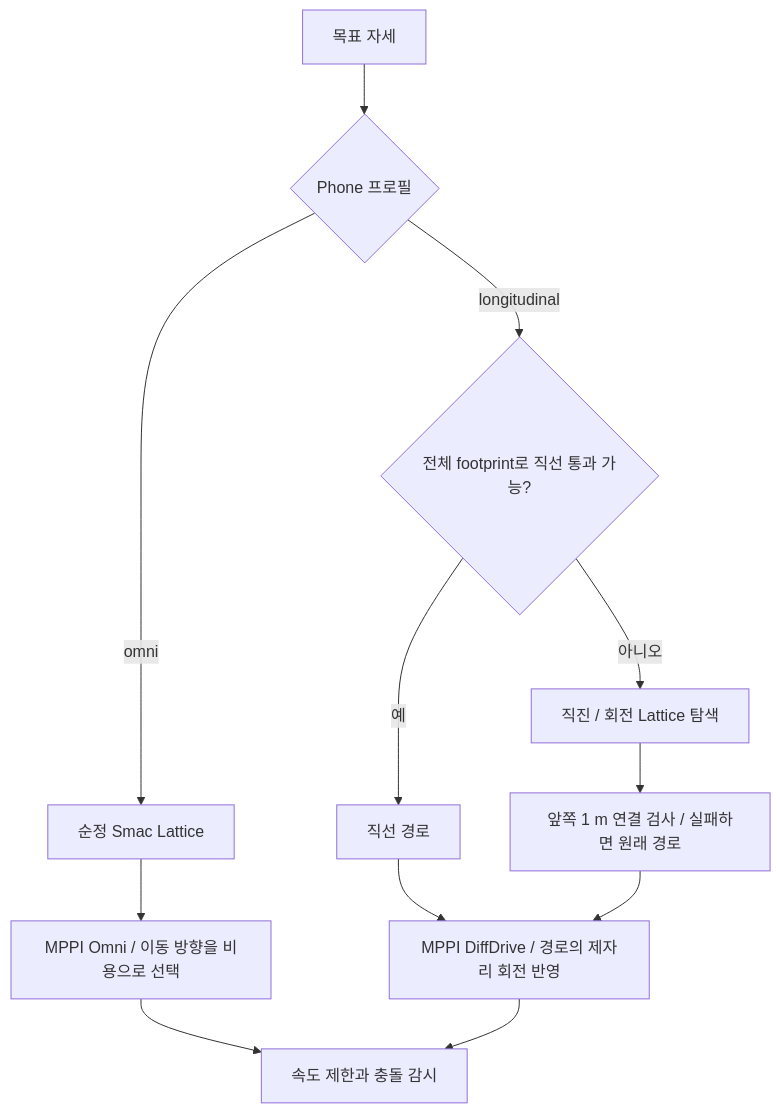
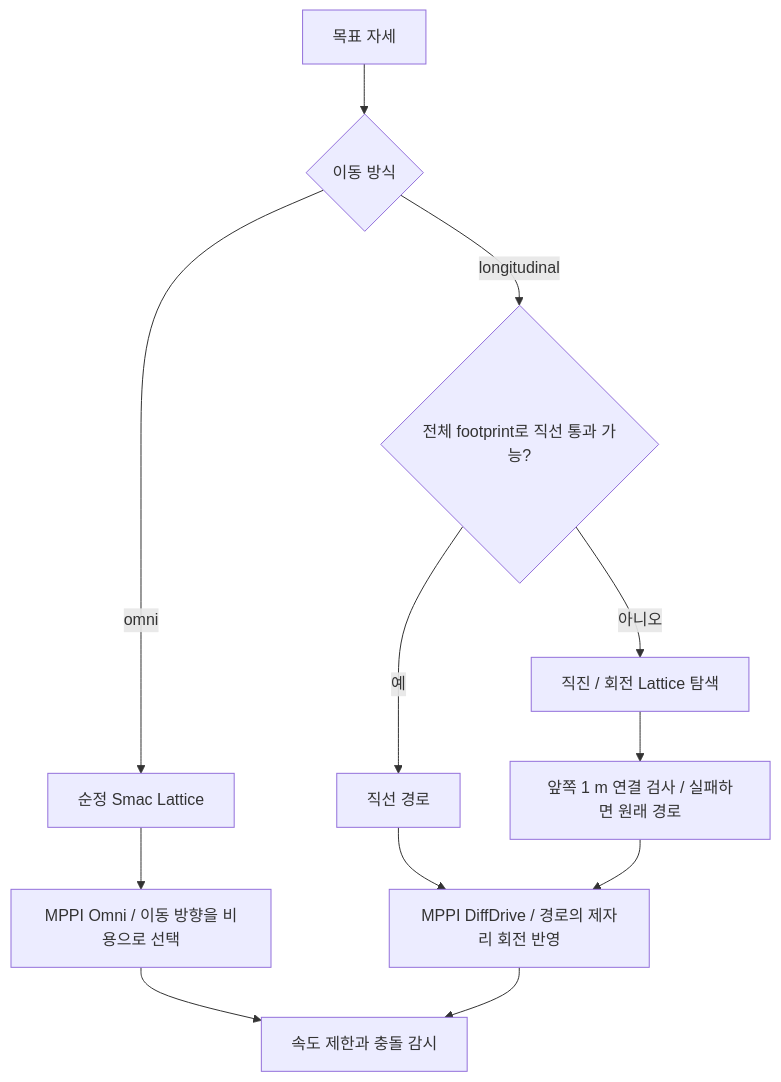
One commit to asm17-moving-agent/cleany changed the first of 5 diagrams in ros2_ws/src/cleany_navigation/docs/planning.md. Above: the diagram before and after it, drawn with Mermaid. The commit also changed other lines of this file and 56 other files, not shown here.

````diff
--- a/ros2_ws/src/cleany_navigation/docs/planning.md
+++ b/ros2_ws/src/cleany_navigation/docs/planning.md
@@ -16,14 +16,14 @@
 ```mermaid
 flowchart TD
-    Goal["목표 자세"] --> Mode{"Phone 프로필"}
+    Goal["목표 자세"] --> Mode{"이동 방식"}
     Mode -->|omni| Smac["순정 Smac Lattice"]
     Mode -->|longitudinal| Direct{"전체 footprint로 직선 통과 가능?"}
     Direct -->|예| Straight["직선 경로"]
     Direct -->|아니오| Lattice["직진 / 회전 Lattice 탐색"]
     Lattice --> Shortcut["앞쪽 1 m 연결 검사 / 실패하면 원래 경로"]
     Smac --> Omni["MPPI Omni / 이동 방향을 비용으로 선택"]
     Straight --> Diff["MPPI DiffDrive / 경로의 제자리 회전 반영"]
     Shortcut --> Diff
     Omni --> Safety["속도 제한과 충돌 감시"]
     Diff --> Safety
 ```
````
